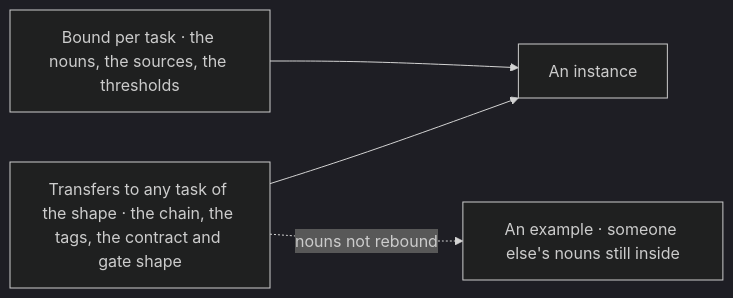
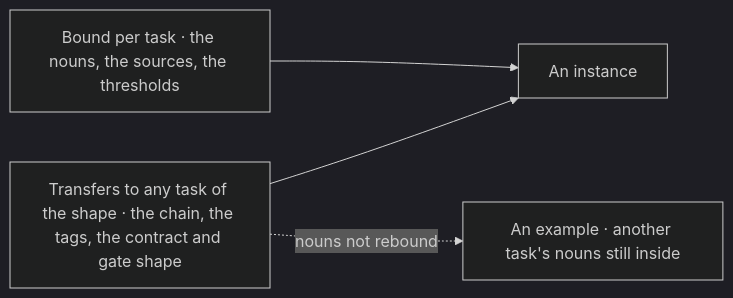
Before and after one commit to Varietyz/Disciplined-AI-Software-Development: the eighth of 10 diagrams in pag/PATTERNS.md, drawn with Mermaid (dark theme). The commit also changed other lines of this file and 25 other files, not shown here.

````diff
--- a/pag/PATTERNS.md
+++ b/pag/PATTERNS.md
@@ -606,10 +614,10 @@
 ```mermaid
 flowchart LR
 transfers["Transfers to any task of the shape · the chain, the tags, the contract and gate shape"]
 bound["Bound per task · the nouns, the sources, the thresholds"]
 instance["An instance"]
-example["An example · someone else's nouns still inside"]
+example["An example · another task's nouns still inside"]
 transfers --> instance
 bound --> instance
 transfers -. nouns not rebound .-> example
 ```
````
